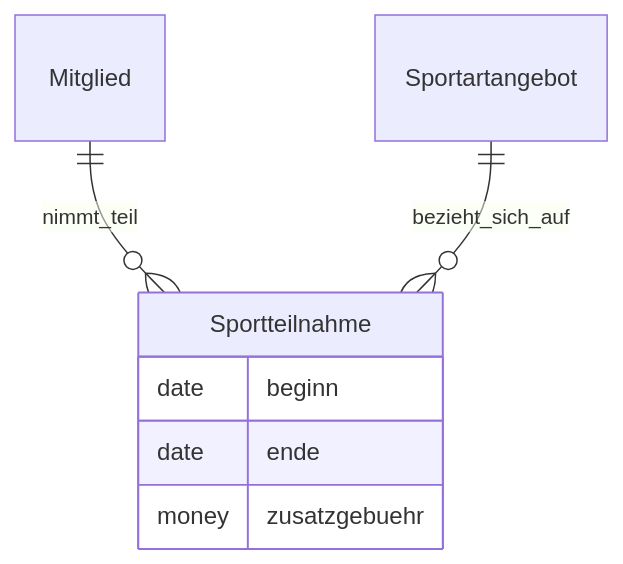
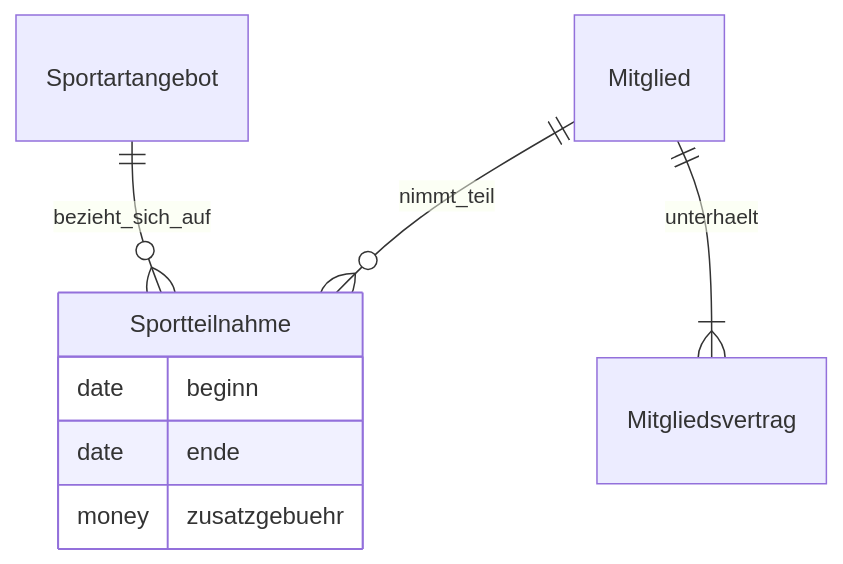
One commit to Lehrstuhl-BWL-EvIS/sportyweb changed the first of 2 diagrams in documentation/datamodel.md. Above: the diagram before and after it, drawn with Mermaid. The commit also changed other lines of this file, not shown here.

````diff
--- a/documentation/datamodel.md
+++ b/documentation/datamodel.md
@@ -22,10 +22,11 @@
 ```mermaid
 erDiagram
 	Mitglied ||--o{ Sportteilnahme : nimmt_teil
 	Sportartangebot ||--o{ Sportteilnahme : bezieht_sich_auf
 	Sportteilnahme {
 		date beginn
 		date ende
 		money zusatzgebuehr
 	}
+	Mitglied ||--|{ Mitgliedsvertrag : unterhaelt
 ```
````
